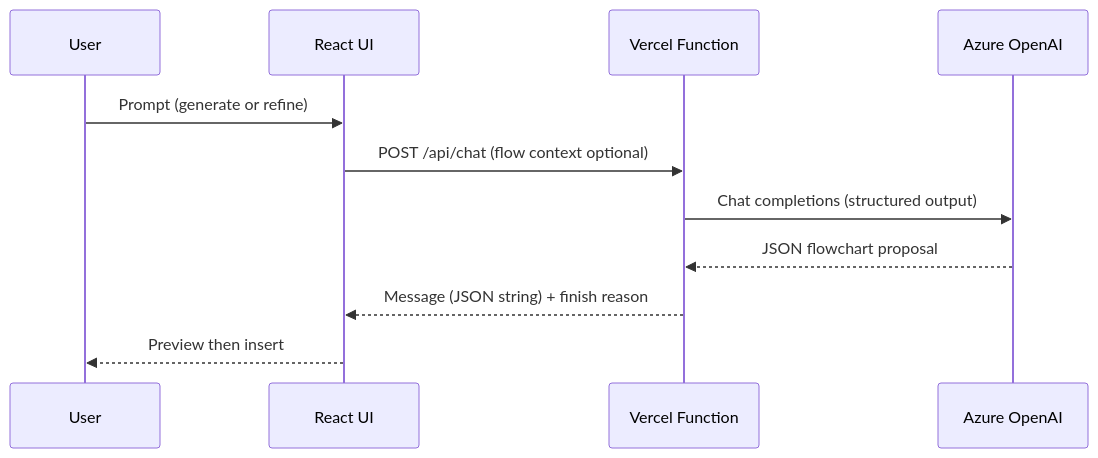
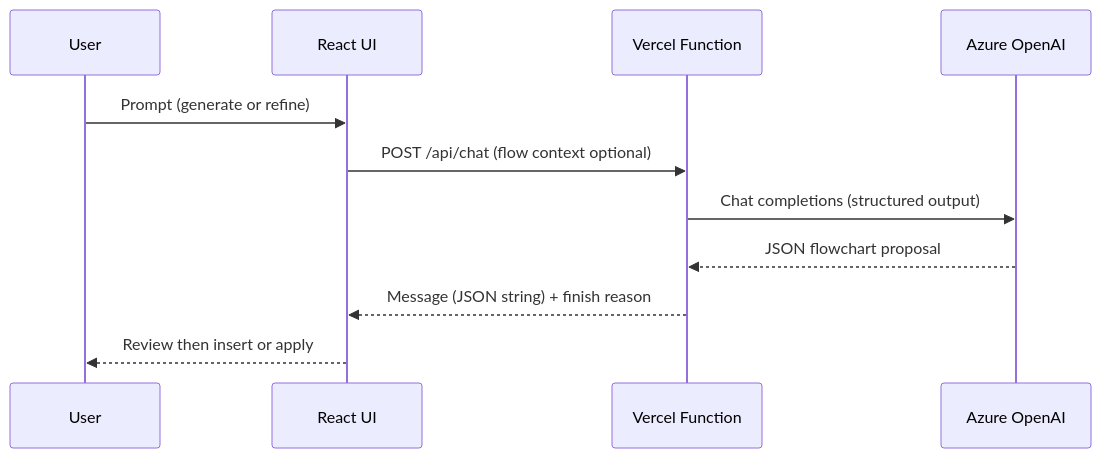
The diagram in README.md (tmcfarlane/flowchart), drawn with Mermaid before and after one commit. The commit also changed other lines of this file and 227 other files, not shown here.

First line of the commit message:
Polish the diagram workspace, MCP card and Premium image flow

````diff
--- a/README.md
+++ b/README.md
@@ -145,14 +153,14 @@
 ```mermaid
 sequenceDiagram
   participant User
   participant UI as React UI
   participant API as Vercel Function
   participant Azure as Azure OpenAI
 
   User->>UI: Prompt (generate or refine)
   UI->>API: POST /api/chat (flow context optional)
   API->>Azure: Chat completions (structured output)
   Azure-->>API: JSON flowchart proposal
   API-->>UI: Message (JSON string) + finish reason
-  UI-->>User: Preview then insert
+  UI-->>User: Review then insert or apply
 ```
````
